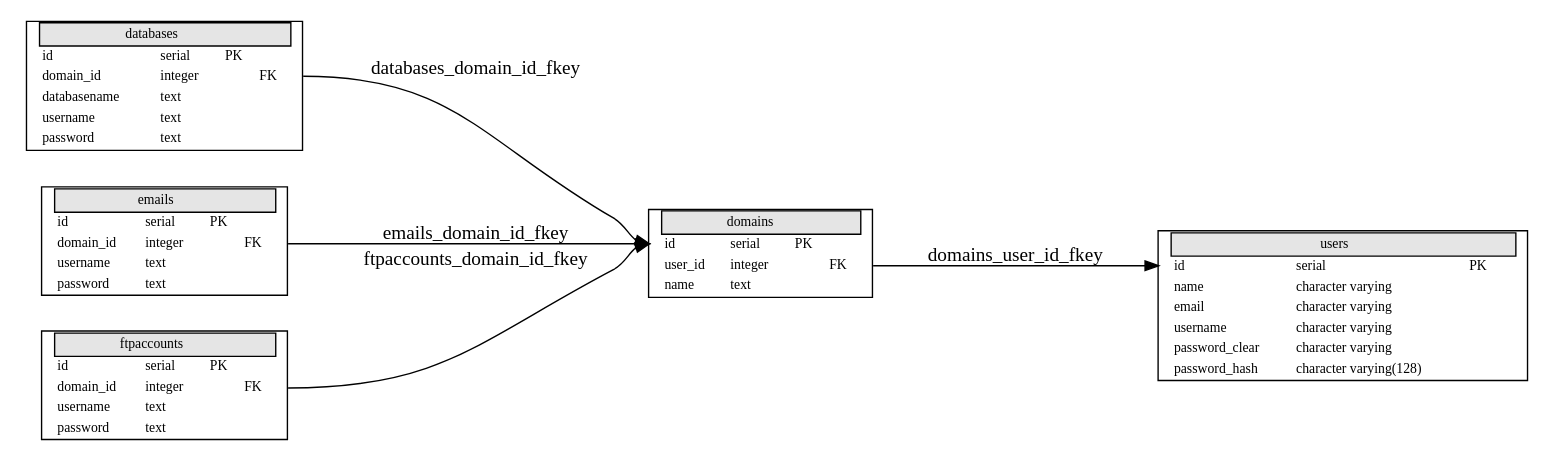
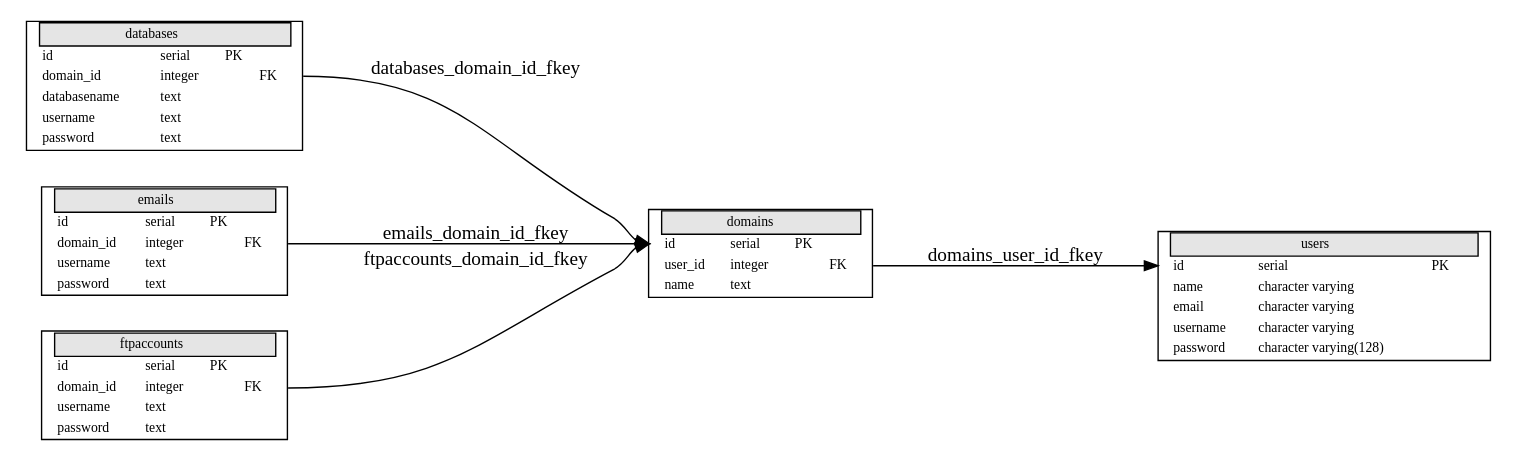
Before and after one commit to itamarjp/yawep: the diagram in tcc/autodoc/webpanel.dot, drawn with Graphviz. The commit also changed 3 other files, not shown here.

```diff
--- a/tcc/autodoc/webpanel.dot
+++ b/tcc/autodoc/webpanel.dot
@@ -1,30 +1,30 @@
 digraph g {
 graph [
 rankdir = "LR",
 concentrate = true,
 ratio = auto
 ];
 node [
 fontsize = "10",
 shape = record
 ];
 edge [
 ];
 
 "databases" [shape = plaintext, label = < <TABLE BORDER="1" CELLBORDER="0" CELLSPACING="0"> <TR ><TD PORT="ltcol0"> </TD> <TD bgcolor="grey90" border="1" COLSPAN="4"> \N </TD> <TD PORT="rtcol0"></TD></TR>  <TR><TD PORT="ltcol1" ></TD><TD align="left" > id </TD><TD align="left" > serial </TD><TD align="left" > PK </TD><TD align="left" >  </TD><TD align="left" PORT="rtcol1"> </TD></TR> <TR><TD PORT="ltcol2" ></TD><TD align="left" > domain_id </TD><TD align="left" > integer </TD><TD align="left" >  </TD><TD align="left" > FK </TD><TD align="left" PORT="rtcol2"> </TD></TR> <TR><TD PORT="ltcol3" ></TD><TD align="left" > databasename </TD><TD align="left" > text </TD><TD align="left" >  </TD><TD align="left" >  </TD><TD align="left" PORT="rtcol3"> </TD></TR> <TR><TD PORT="ltcol4" ></TD><TD align="left" > username </TD><TD align="left" > text </TD><TD align="left" >  </TD><TD align="left" >  </TD><TD align="left" PORT="rtcol4"> </TD></TR> <TR><TD PORT="ltcol5" ></TD><TD align="left" > password </TD><TD align="left" > text </TD><TD align="left" >  </TD><TD align="left" >  </TD><TD align="left" PORT="rtcol5"> </TD></TR> </TABLE>> ];
 
 "domains" [shape = plaintext, label = < <TABLE BORDER="1" CELLBORDER="0" CELLSPACING="0"> <TR ><TD PORT="ltcol0"> </TD> <TD bgcolor="grey90" border="1" COLSPAN="4"> \N </TD> <TD PORT="rtcol0"></TD></TR>  <TR><TD PORT="ltcol1" ></TD><TD align="left" > id </TD><TD align="left" > serial </TD><TD align="left" > PK </TD><TD align="left" >  </TD><TD align="left" PORT="rtcol1"> </TD></TR> <TR><TD PORT="ltcol2" ></TD><TD align="left" > user_id </TD><TD align="left" > integer </TD><TD align="left" >  </TD><TD align="left" > FK </TD><TD align="left" PORT="rtcol2"> </TD></TR> <TR><TD PORT="ltcol3" ></TD><TD align="left" > name </TD><TD align="left" > text </TD><TD align="left" >  </TD><TD align="left" >  </TD><TD align="left" PORT="rtcol3"> </TD></TR> </TABLE>> ];
 
 "emails" [shape = plaintext, label = < <TABLE BORDER="1" CELLBORDER="0" CELLSPACING="0"> <TR ><TD PORT="ltcol0"> </TD> <TD bgcolor="grey90" border="1" COLSPAN="4"> \N </TD> <TD PORT="rtcol0"></TD></TR>  <TR><TD PORT="ltcol1" ></TD><TD align="left" > id </TD><TD align="left" > serial </TD><TD align="left" > PK </TD><TD align="left" >  </TD><TD align="left" PORT="rtcol1"> </TD></TR> <TR><TD PORT="ltcol2" ></TD><TD align="left" > domain_id </TD><TD align="left" > integer </TD><TD align="left" >  </TD><TD align="left" > FK </TD><TD align="left" PORT="rtcol2"> </TD></TR> <TR><TD PORT="ltcol3" ></TD><TD align="left" > username </TD><TD align="left" > text </TD><TD align="left" >  </TD><TD align="left" >  </TD><TD align="left" PORT="rtcol3"> </TD></TR> <TR><TD PORT="ltcol4" ></TD><TD align="left" > password </TD><TD align="left" > text </TD><TD align="left" >  </TD><TD align="left" >  </TD><TD align="left" PORT="rtcol4"> </TD></TR> </TABLE>> ];
 
 "ftpaccounts" [shape = plaintext, label = < <TABLE BORDER="1" CELLBORDER="0" CELLSPACING="0"> <TR ><TD PORT="ltcol0"> </TD> <TD bgcolor="grey90" border="1" COLSPAN="4"> \N </TD> <TD PORT="rtcol0"></TD></TR>  <TR><TD PORT="ltcol1" ></TD><TD align="left" > id </TD><TD align="left" > serial </TD><TD align="left" > PK </TD><TD align="left" >  </TD><TD align="left" PORT="rtcol1"> </TD></TR> <TR><TD PORT="ltcol2" ></TD><TD align="left" > domain_id </TD><TD align="left" > integer </TD><TD align="left" >  </TD><TD align="left" > FK </TD><TD align="left" PORT="rtcol2"> </TD></TR> <TR><TD PORT="ltcol3" ></TD><TD align="left" > username </TD><TD align="left" > text </TD><TD align="left" >  </TD><TD align="left" >  </TD><TD align="left" PORT="rtcol3"> </TD></TR> <TR><TD PORT="ltcol4" ></TD><TD align="left" > password </TD><TD align="left" > text </TD><TD align="left" >  </TD><TD align="left" >  </TD><TD align="left" PORT="rtcol4"> </TD></TR> </TABLE>> ];
 
-"users" [shape = plaintext, label = < <TABLE BORDER="1" CELLBORDER="0" CELLSPACING="0"> <TR ><TD PORT="ltcol0"> </TD> <TD bgcolor="grey90" border="1" COLSPAN="4"> \N </TD> <TD PORT="rtcol0"></TD></TR>  <TR><TD PORT="ltcol1" ></TD><TD align="left" > id </TD><TD align="left" > serial </TD><TD align="left" > PK </TD><TD align="left" >  </TD><TD align="left" PORT="rtcol1"> </TD></TR> <TR><TD PORT="ltcol2" ></TD><TD align="left" > name </TD><TD align="left" > character varying </TD><TD align="left" >  </TD><TD align="left" >  </TD><TD align="left" PORT="rtcol2"> </TD></TR> <TR><TD PORT="ltcol3" ></TD><TD align="left" > email </TD><TD align="left" > character varying </TD><TD align="left" >  </TD><TD align="left" >  </TD><TD align="left" PORT="rtcol3"> </TD></TR> <TR><TD PORT="ltcol4" ></TD><TD align="left" > username </TD><TD align="left" > character varying </TD><TD align="left" >  </TD><TD align="left" >  </TD><TD align="left" PORT="rtcol4"> </TD></TR> <TR><TD PORT="ltcol5" ></TD><TD align="left" > password_clear </TD><TD align="left" > character varying </TD><TD align="left" >  </TD><TD align="left" >  </TD><TD align="left" PORT="rtcol5"> </TD></TR> <TR><TD PORT="ltcol6" ></TD><TD align="left" > password_hash </TD><TD align="left" > character varying(128) </TD><TD align="left" >  </TD><TD align="left" >  </TD><TD align="left" PORT="rtcol6"> </TD></TR> </TABLE>> ];
+"users" [shape = plaintext, label = < <TABLE BORDER="1" CELLBORDER="0" CELLSPACING="0"> <TR ><TD PORT="ltcol0"> </TD> <TD bgcolor="grey90" border="1" COLSPAN="4"> \N </TD> <TD PORT="rtcol0"></TD></TR>  <TR><TD PORT="ltcol1" ></TD><TD align="left" > id </TD><TD align="left" > serial </TD><TD align="left" > PK </TD><TD align="left" >  </TD><TD align="left" PORT="rtcol1"> </TD></TR> <TR><TD PORT="ltcol2" ></TD><TD align="left" > name </TD><TD align="left" > character varying </TD><TD align="left" >  </TD><TD align="left" >  </TD><TD align="left" PORT="rtcol2"> </TD></TR> <TR><TD PORT="ltcol3" ></TD><TD align="left" > email </TD><TD align="left" > character varying </TD><TD align="left" >  </TD><TD align="left" >  </TD><TD align="left" PORT="rtcol3"> </TD></TR> <TR><TD PORT="ltcol4" ></TD><TD align="left" > username </TD><TD align="left" > character varying </TD><TD align="left" >  </TD><TD align="left" >  </TD><TD align="left" PORT="rtcol4"> </TD></TR> <TR><TD PORT="ltcol5" ></TD><TD align="left" > password </TD><TD align="left" > character varying(128) </TD><TD align="left" >  </TD><TD align="left" >  </TD><TD align="left" PORT="rtcol5"> </TD></TR> </TABLE>> ];
 
 
 
 "databases":rtcol2 -> "domains":ltcol1 [label="databases_domain_id_fkey"];
 "domains":rtcol2 -> "users":ltcol1 [label="domains_user_id_fkey"];
 "emails":rtcol2 -> "domains":ltcol1 [label="emails_domain_id_fkey"];
 "ftpaccounts":rtcol2 -> "domains":ltcol1 [label="ftpaccounts_domain_id_fkey"];
 }
```
